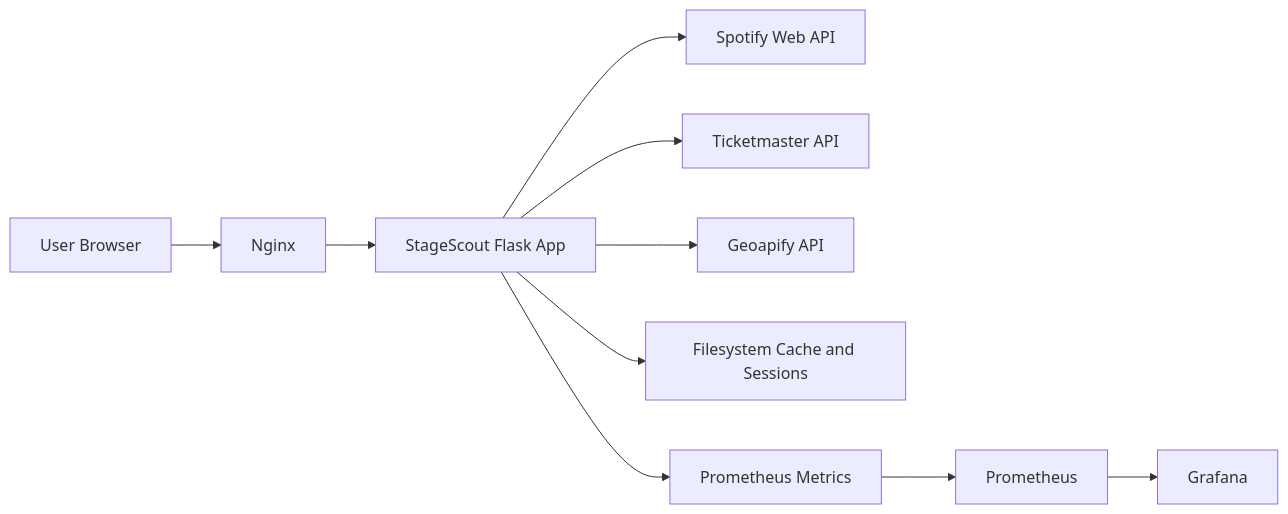
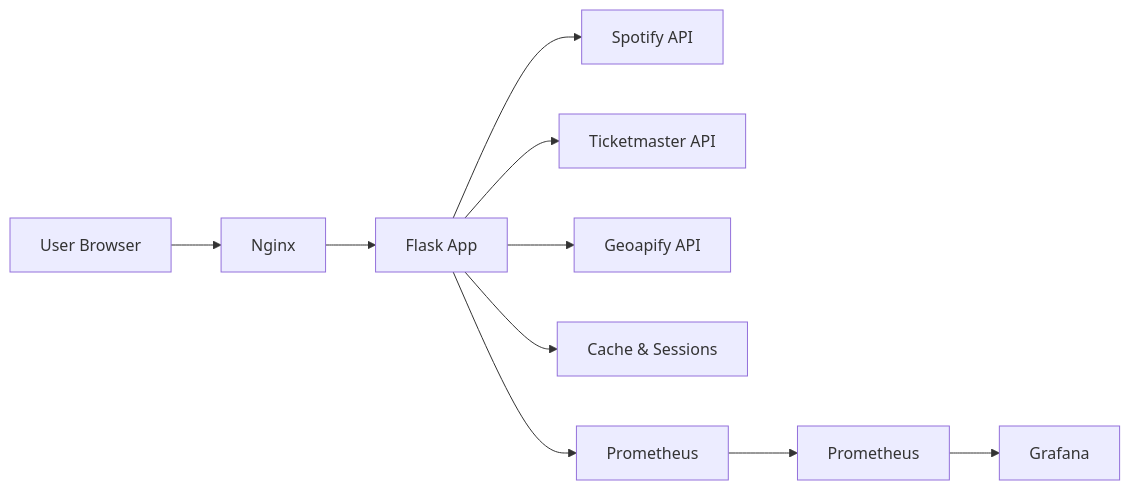
The first of 2 diagrams in README.md (zivhm/StageScout), drawn with Mermaid before and after one commit. The commit also changed other lines of this file and 2 other files, not shown here.

````diff
--- a/README.md
+++ b/README.md
@@ -44,12 +78,12 @@
 ```mermaid
 flowchart LR
     U[User Browser] --> N[Nginx]
-    N --> A[StageScout Flask App]
-    A --> S[Spotify Web API]
+    N --> A[Flask App]
+    A --> S[Spotify API]
     A --> T[Ticketmaster API]
     A --> G[Geoapify API]
-    A --> C[Filesystem Cache and Sessions]
-    A --> M[Prometheus Metrics]
+    A --> C[Cache & Sessions]
+    A --> M[Prometheus]
     M --> P[Prometheus]
-    P --> F[Grafana]
+    P --> G2[Grafana]
 ```
````
